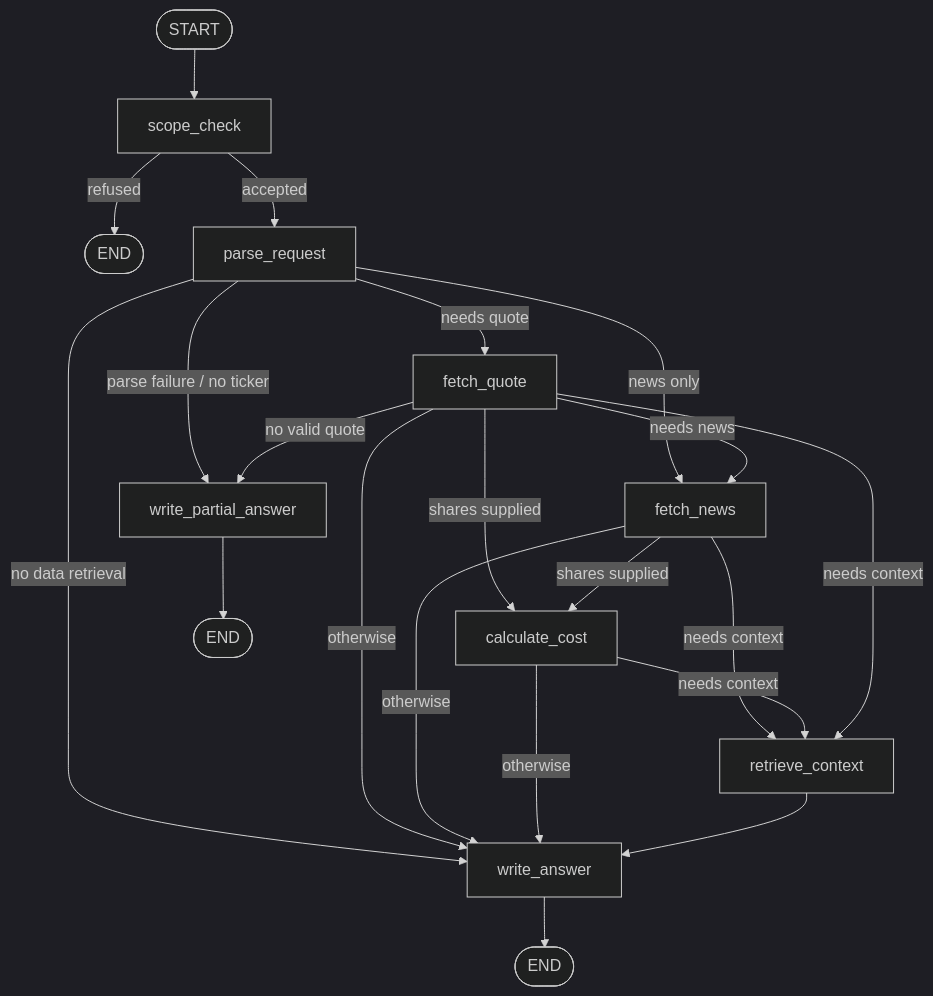
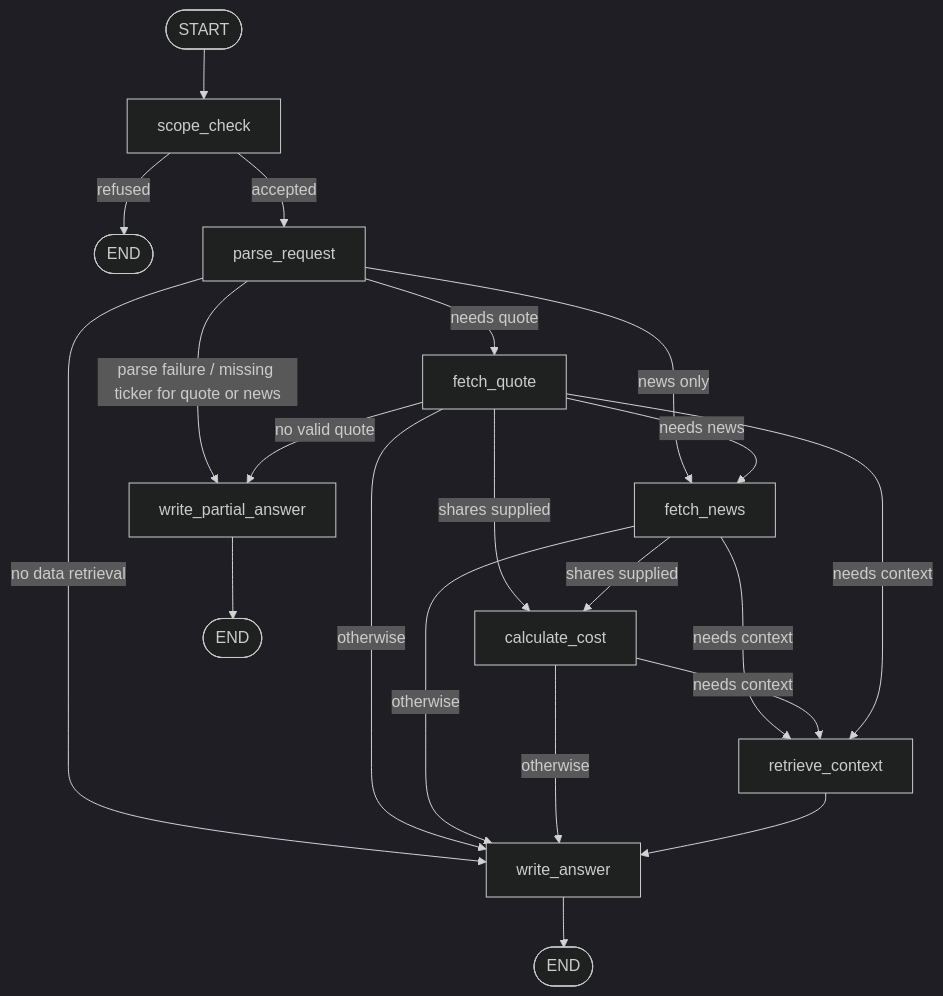
One commit to Eugenetanwl3881/personal-market-research-agent changed the diagram in PROJECT_NOTE.md. Above: the diagram before and after it, drawn with Mermaid (dark theme). The commit also changed 10 other files, not shown here.

````diff
--- a/PROJECT_NOTE.md
+++ b/PROJECT_NOTE.md
@@ -35,26 +35,26 @@
 ```mermaid
 flowchart TD
     START([START]) --> S[scope_check]
     S -->|refused| END1([END])
     S -->|accepted| P[parse_request]
 
-    P -->|parse failure / no ticker| PA[write_partial_answer]
+    P -->|parse failure / missing ticker for quote or news| PA[write_partial_answer]
     P -->|needs quote| Q[fetch_quote]
     P -->|news only| N[fetch_news]
     P -->|no data retrieval| A[write_answer]
 
     Q -->|no valid quote| PA
     Q -->|needs news| N
     Q -->|shares supplied| C[calculate_cost]
     Q -->|otherwise| A
 
     N -->|shares supplied| C
     N -->|needs context| R[retrieve_context]
     N -->|otherwise| A
     C -->|needs context| R
     C -->|otherwise| A
     Q -->|needs context| R
     R --> A
     PA --> END2([END])
     A --> END3([END])
 ```
````
